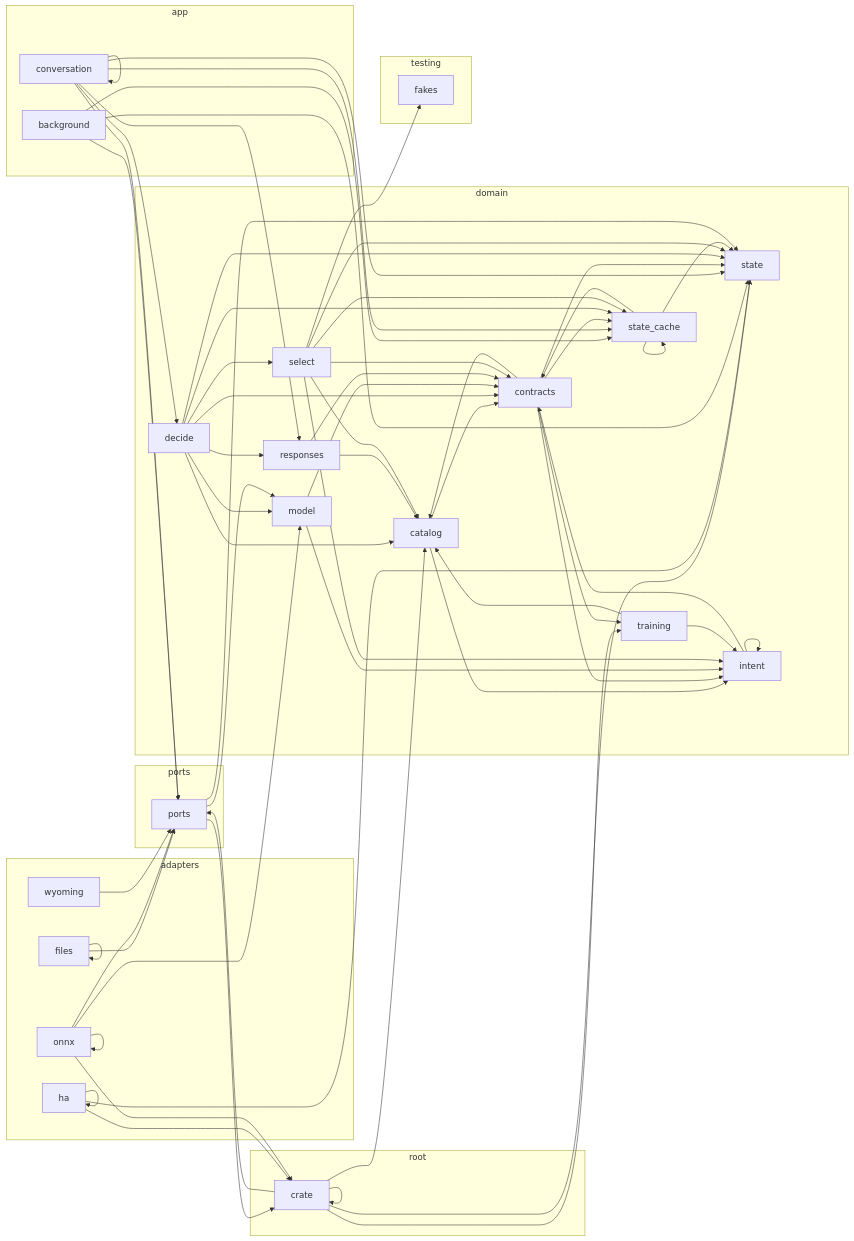
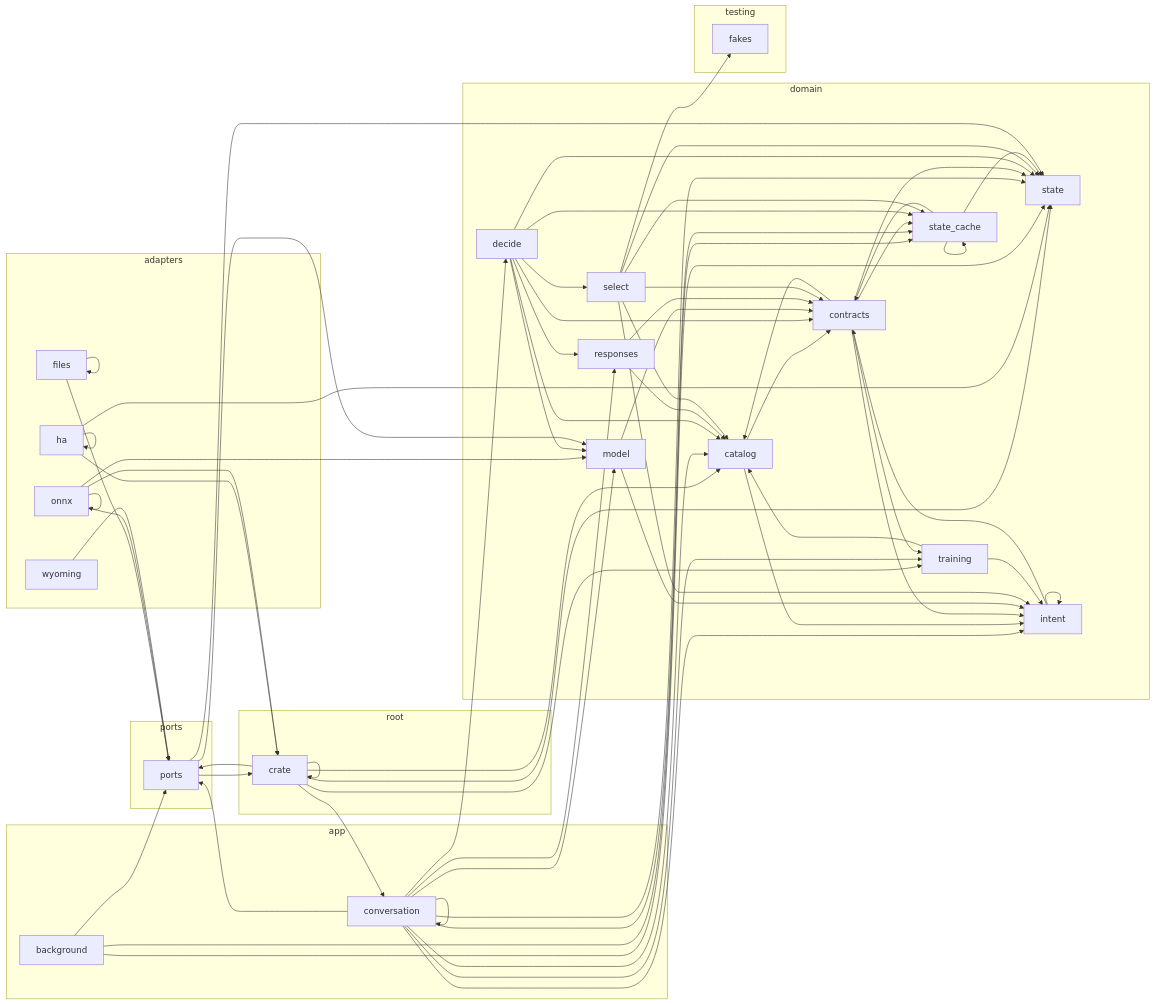
The diagram in docs/architecture.md (louislang/ha-jarvis), drawn with Mermaid before and after one commit. The commit also changed 2 other files, not shown here.

Commit message:
5.3 Handle Use Case
`Conversation::handle` now turns a transcript from HA into a System One reply: it predicts the normalized text with the area name of the satellite device as context, runs `decide` and dispatches the decision. A failed prediction gives an error whose text is a `failure` answer, so the Wyoming adapter speaks it in `not-handled`. The new `App` in `src/lib.rs` implements `Assistant` and delegates `handle` to this use case.

```diff
--- a/docs/architecture.md
+++ b/docs/architecture.md
@@ -36,6 +36,7 @@
         crate_testing_fakes[fakes]
     end
     crate --> crate
+    crate --> crate_app_conversation
     crate --> crate_domain_catalog
     crate --> crate_domain_state
     crate --> crate_domain_training
@@ -54,10 +55,14 @@
     crate_app_background --> crate_domain_state_cache
     crate_app_background --> crate_ports
     crate_app_conversation --> crate_app_conversation
+    crate_app_conversation --> crate_domain_catalog
     crate_app_conversation --> crate_domain_decide
+    crate_app_conversation --> crate_domain_intent
+    crate_app_conversation --> crate_domain_model
     crate_app_conversation --> crate_domain_responses
     crate_app_conversation --> crate_domain_state
     crate_app_conversation --> crate_domain_state_cache
+    crate_app_conversation --> crate_domain_training
     crate_app_conversation --> crate_ports
     crate_domain_catalog --> crate_domain_contracts
     crate_domain_catalog --> crate_domain_intent
```
